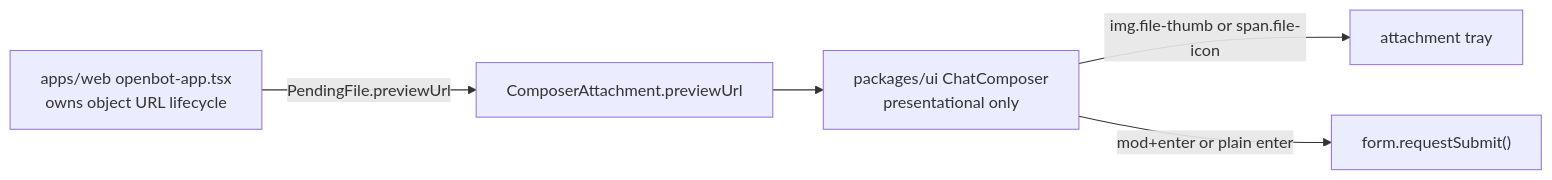
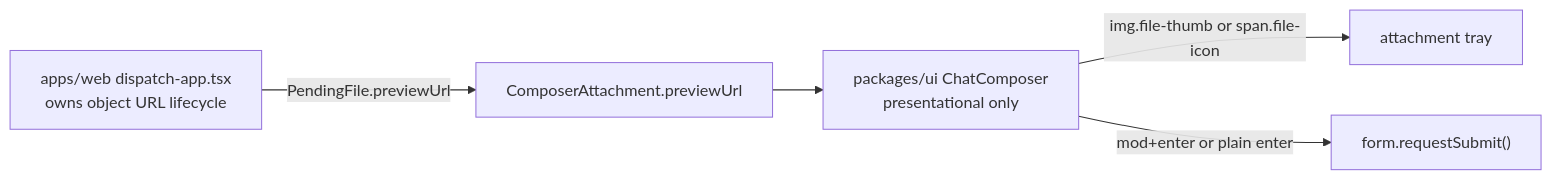
Before and after one commit to trytilde/dispatch: the diagram in docs/updates/54.md, drawn with Mermaid. The commit also changed other lines of this file and 668 other files, not shown here.

````diff
--- a/docs/updates/54.md
+++ b/docs/updates/54.md
@@ -11,7 +11,7 @@
 ```mermaid
 flowchart LR
-  A["apps/web openbot-app.tsx\nowns object URL lifecycle"] -->|"PendingFile.previewUrl"| B["ComposerAttachment.previewUrl"]
+  A["apps/web dispatch-app.tsx\nowns object URL lifecycle"] -->|"PendingFile.previewUrl"| B["ComposerAttachment.previewUrl"]
   B --> C["packages/ui ChatComposer\npresentational only"]
   C -->|"img.file-thumb or span.file-icon"| D["attachment tray"]
   C -->|"mod+enter or plain enter"| E["form.requestSubmit()"]
 ```
````
